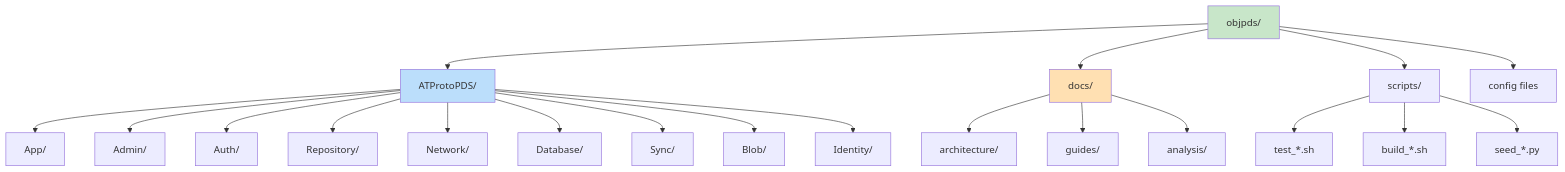
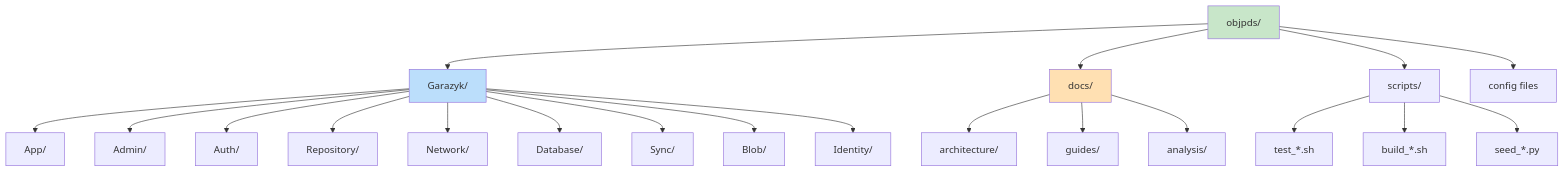
The eighth of 8 diagrams in docs/architecture/DEVELOPMENT_WORKFLOWS.md (jvalinsky/garazyk), drawn with Mermaid before and after one commit. The commit also changed other lines of this file and 2863 other files, not shown here.

````diff
--- a/docs/architecture/DEVELOPMENT_WORKFLOWS.md
+++ b/docs/architecture/DEVELOPMENT_WORKFLOWS.md
@@ -271,31 +271,31 @@
 ```mermaid
 graph TD
     root[objpds/]
     
-    root --> src[ATProtoPDS/]
+    root --> src[Garazyk/]
     root --> docs[docs/]
     root --> scripts[scripts/]
     root --> config[config files]
     
     src --> app[App/]
     src --> admin[Admin/]
     src --> auth[Auth/]
     src --> repo[Repository/]
     src --> net[Network/]
     src --> db[Database/]
     src --> sync[Sync/]
     src --> blob[Blob/]
     src --> identity[Identity/]
     
     docs --> arch[architecture/]
     docs --> guides[guides/]
     docs --> analysis[analysis/]
     
     scripts --> test[test_*.sh]
     scripts --> build[build_*.sh]
     scripts --> seed[seed_*.py]
     
     style root fill:#c8e6c9
     style src fill:#bbdefb
     style docs fill:#ffe0b2
 ```
````
